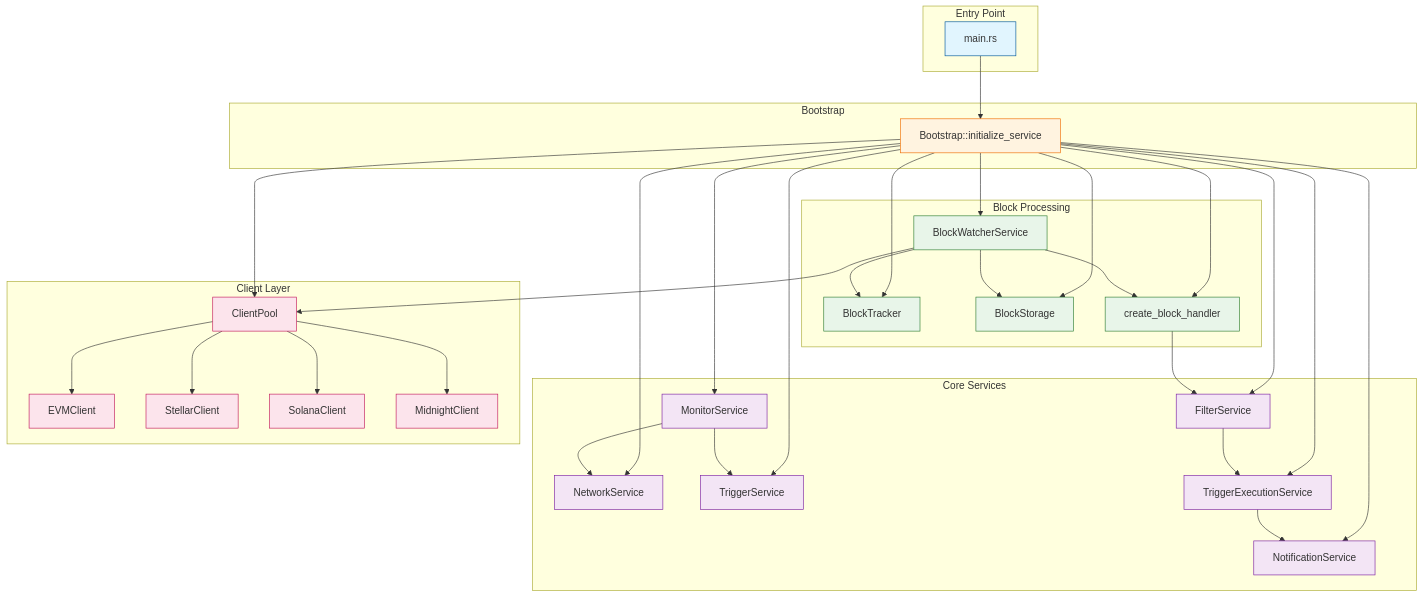
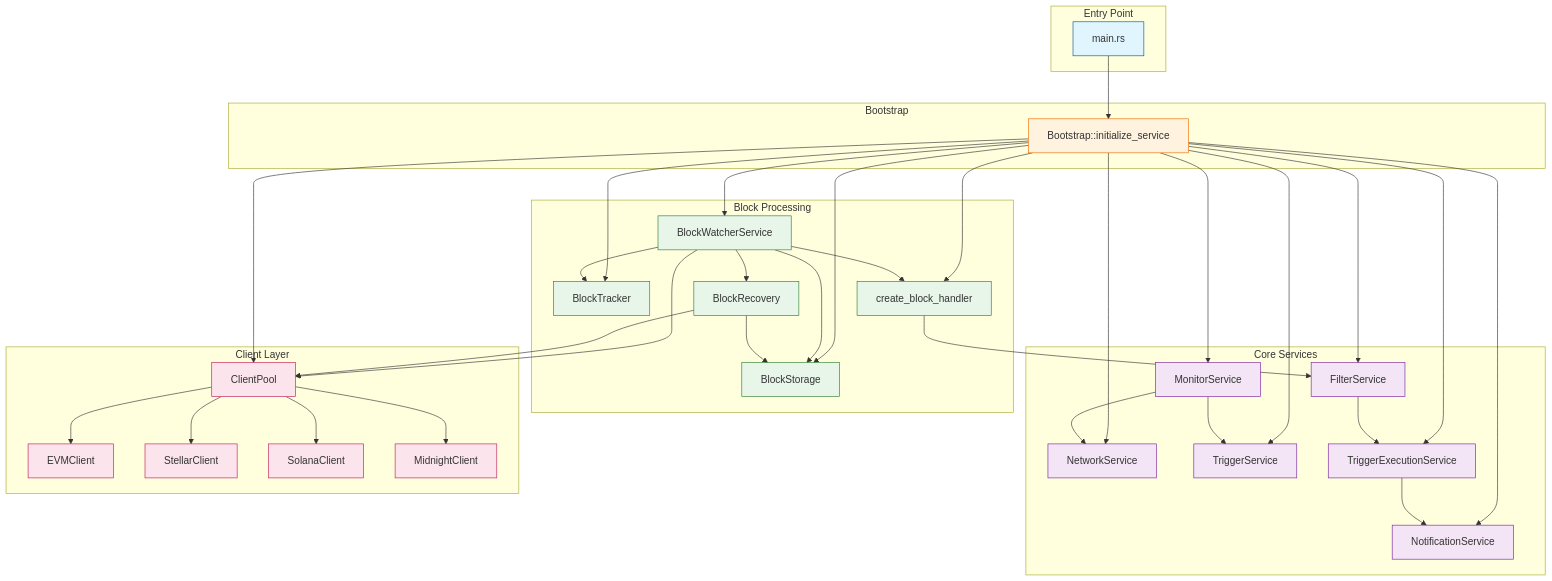
The diagram in README.md (OpenZeppelin/openzeppelin-monitor), drawn with Mermaid before and after one commit. The commit also changed other lines of this file and 4 other files, not shown here.

````diff
--- a/README.md
+++ b/README.md
@@ -68,6 +69,7 @@
         BS[BlockStorage]
         BWS[BlockWatcherService]
         BH[create_block_handler]
+        BR[BlockRecovery]
     end
 
     subgraph Core Services
@@ -122,13 +124,18 @@
     BH --> FS
     BWS --> BH
 
+    %% Recovery Connection
+    BWS --> BR
+    BR --> BS
+    BR --> CP
+
     style MAIN fill:#e1f5fe,stroke:#01579b,color:#333333
     style BOOTSTRAP fill:#fff3e0,stroke:#ef6c00,color:#333333
     classDef blockProcessing fill:#e8f5e9,stroke:#2e7d32,color:#333333
     classDef coreServices fill:#f3e5f5,stroke:#7b1fa2,color:#333333
     classDef clients fill:#fce4ec,stroke:#c2185b,color:#333333
 
-    class BT,BS,BWS,BH blockProcessing
+    class BT,BS,BWS,BH,BR blockProcessing
     class MS,NS,TS,FS,TES,NOTS coreServices
     class CP,EVMC,SC,SOC,MC clients
 ```
````
